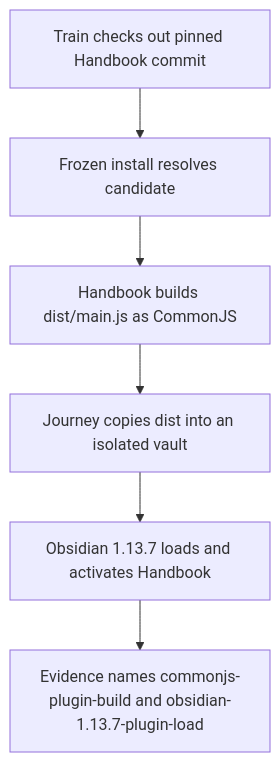
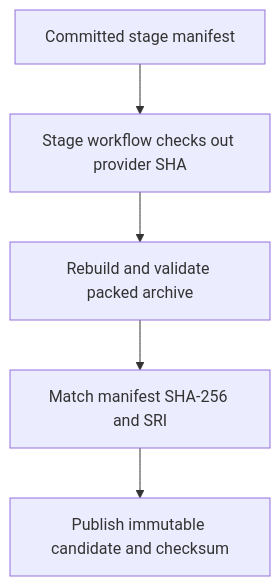
The first of 2 diagrams in aidd_docs/tasks/2026_09/2026_09_25_commonjs_safe_browser_asset_export/phase-4.md (RebelliousSmile/schema-pbta), drawn with Mermaid before and after one commit. The commit also changed other lines of this file and 15 other files, not shown here.

````diff
--- a/aidd_docs/tasks/2026_09/2026_09_25_commonjs_safe_browser_asset_export/phase-4.md
+++ b/aidd_docs/tasks/2026_09/2026_09_25_commonjs_safe_browser_asset_export/phase-4.md
@@ -30,8 +17,7 @@
 ```mermaid
 flowchart TD
-  A[Train checks out pinned Handbook commit] --> B[Frozen install resolves candidate]
-  B --> C[Handbook builds dist/main.js as CommonJS]
-  C --> D[Journey copies dist into an isolated vault]
-  D --> E[Obsidian 1.13.7 loads and activates Handbook]
-  E --> F[Evidence names commonjs-plugin-build and obsidian-1.13.7-plugin-load]
+  A[Committed stage manifest] --> B[Stage workflow checks out provider SHA]
+  B --> C[Rebuild and validate packed archive]
+  C --> D[Match manifest SHA-256 and SRI]
+  D --> E[Publish immutable candidate and checksum]
 ```
````
